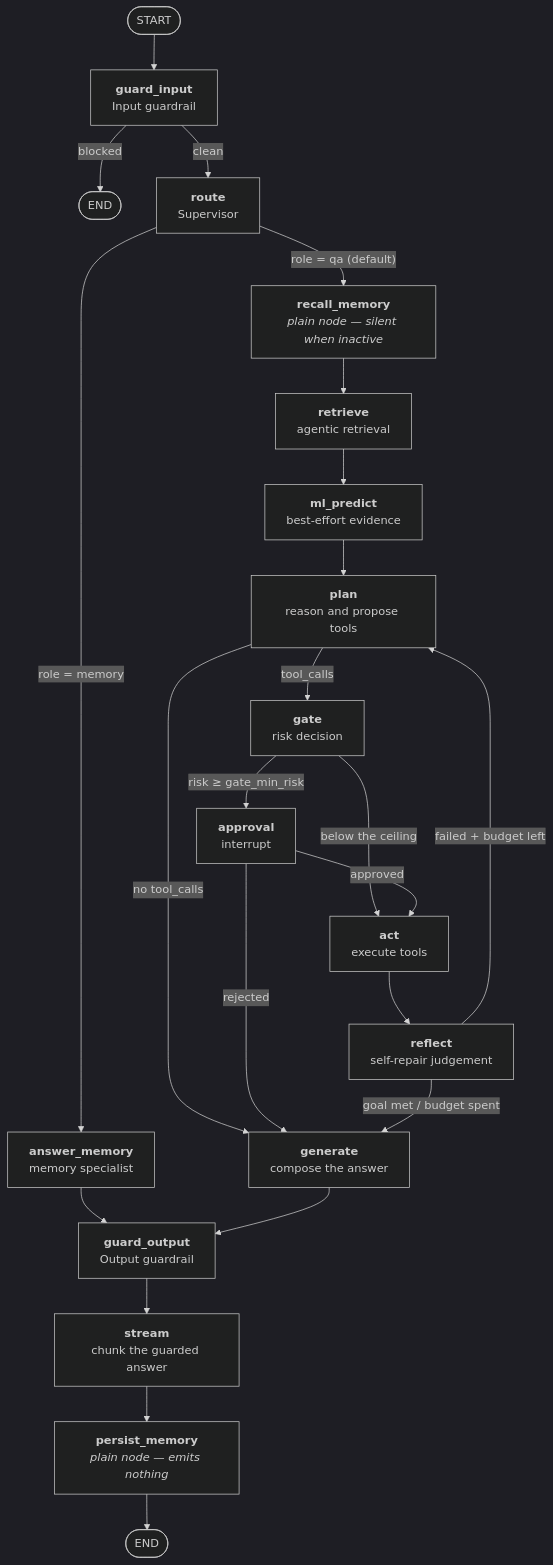
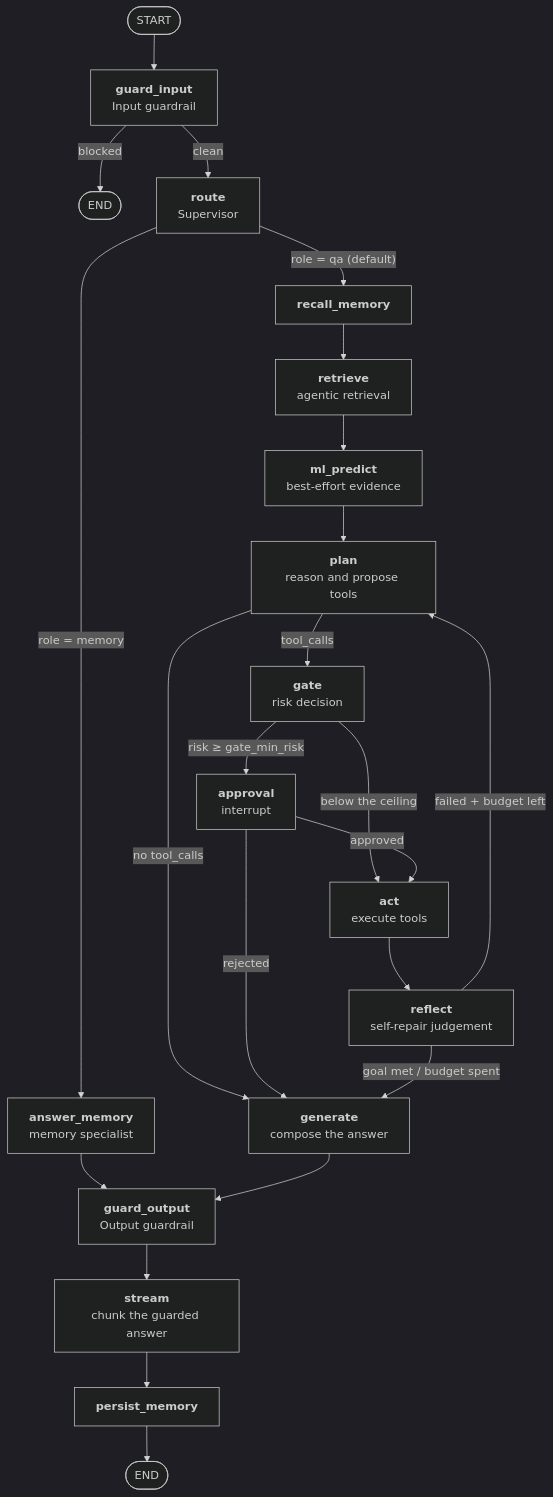
One commit to yrevash/aegis changed the first of 5 diagrams in docs/teaching/agent/40-diagrams.md. Above: the diagram before and after it, drawn with Mermaid (dark theme). The commit also changed other lines of this file and 111 other files, not shown here.

````diff
--- a/docs/teaching/agent/40-diagrams.md
+++ b/docs/teaching/agent/40-diagrams.md
@@ -11,32 +15,32 @@
 ```mermaid
 flowchart TB
     START([START]) --> GI["<b>guard_input</b><br/>Input guardrail"]
     GI -->|blocked| END1([END])
     GI -->|clean| RT["<b>route</b><br/>Supervisor"]
 
     RT -->|"role = memory"| AM["<b>answer_memory</b><br/>memory specialist"]
-    RT -->|"role = qa (default)"| RM["<b>recall_memory</b><br/><i>plain node — silent when inactive</i>"]
+    RT -->|"role = qa (default)"| RM["<b>recall_memory</b>"]
 
     RM --> RE["<b>retrieve</b><br/>agentic retrieval"]
     RE --> ML["<b>ml_predict</b><br/>best-effort evidence"]
     ML --> PL["<b>plan</b><br/>reason and propose tools"]
 
     PL -->|"no tool_calls"| GEN
     PL -->|"tool_calls"| GT["<b>gate</b><br/>risk decision"]
 
     GT -->|"risk ≥ gate_min_risk"| AP["<b>approval</b><br/>interrupt"]
     GT -->|"below the ceiling"| ACT
 
     AP -->|approved| ACT["<b>act</b><br/>execute tools"]
     AP -->|rejected| GEN
 
     ACT --> RF["<b>reflect</b><br/>self-repair judgement"]
     RF -->|"failed + budget left"| PL
     RF -->|"goal met / budget spent"| GEN["<b>generate</b><br/>compose the answer"]
 
     AM --> GO
     GEN --> GO["<b>guard_output</b><br/>Output guardrail"]
     GO --> ST["<b>stream</b><br/>chunk the guarded answer"]
-    ST --> PM["<b>persist_memory</b><br/><i>plain node — emits nothing</i>"]
+    ST --> PM["<b>persist_memory</b>"]
     PM --> END2([END])
 ```
````
